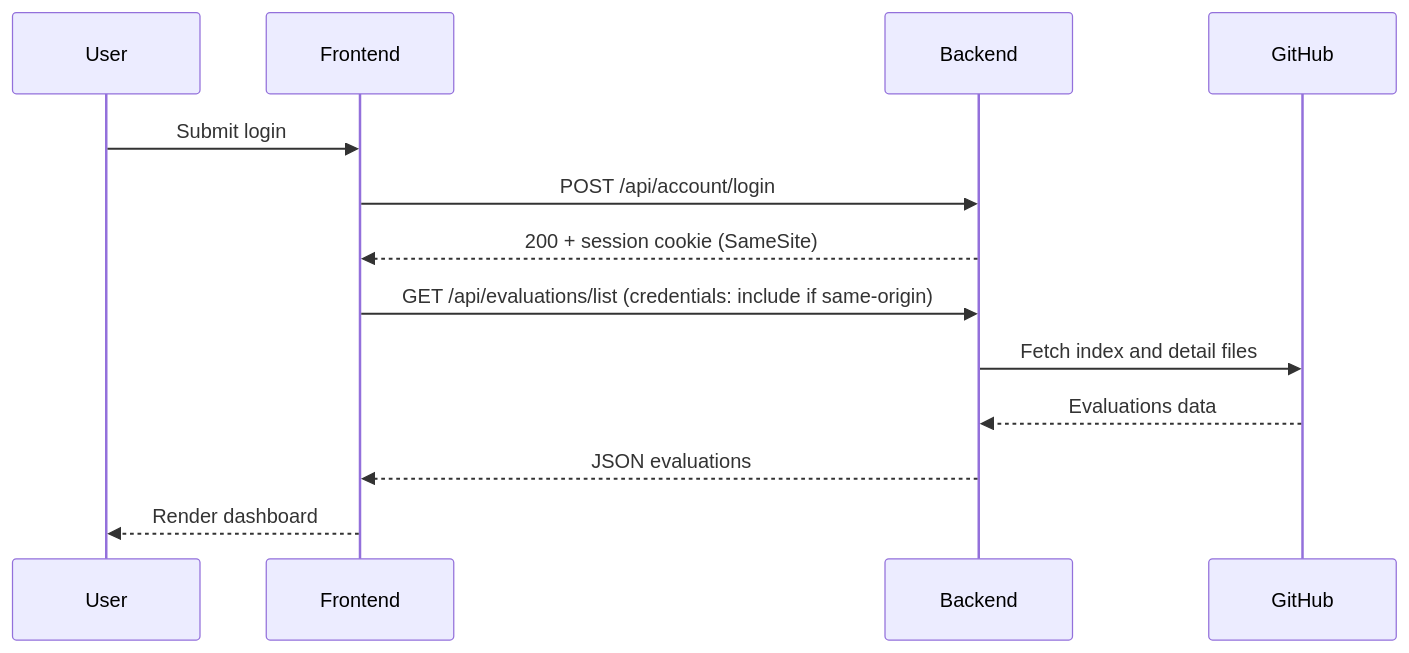
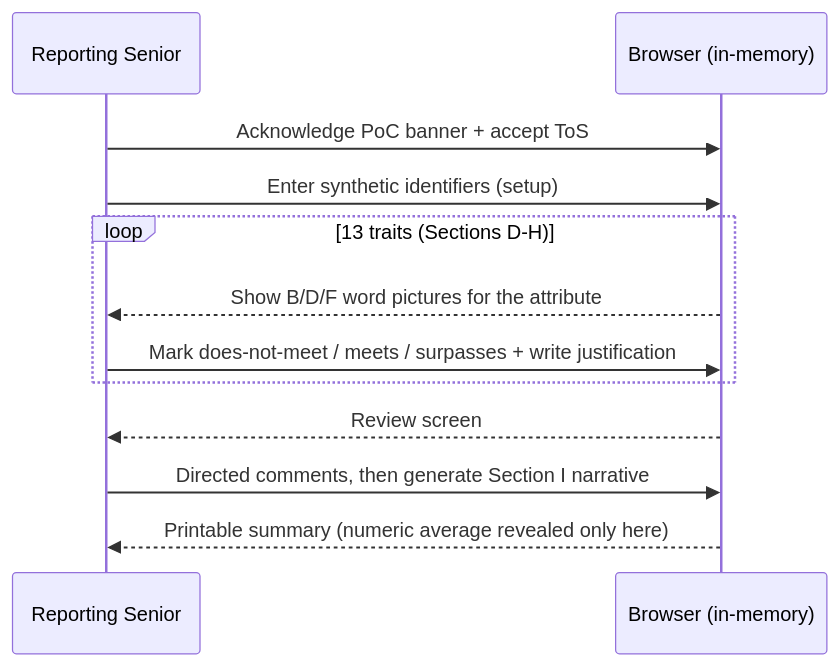
Before and after one commit to SemperAdmin/fitrep-evaluator: the second of 2 diagrams in docs/ARCHITECTURE.md, drawn with Mermaid. The commit also changed other lines of this file and 1 other file, not shown here.

First line of the commit message:
Phase 2: replace phantom-backend docs with static reality

````diff
--- a/docs/ARCHITECTURE.md
+++ b/docs/ARCHITECTURE.md
@@ -24,16 +48,15 @@
 ```mermaid
 sequenceDiagram
-  participant U as User
-  participant F as Frontend
-  participant B as Backend
-  participant G as GitHub
+  participant U as Reporting Senior
+  participant B as Browser (in-memory)
 
-  U->>F: Submit login
-  F->>B: POST /api/account/login
-  B-->>F: 200 + session cookie (SameSite)
-  F->>B: GET /api/evaluations/list (credentials: include if same-origin)
-  B->>G: Fetch index and detail files
-  G-->>B: Evaluations data
-  B-->>F: JSON evaluations
-  F-->>U: Render dashboard
+  U->>B: Acknowledge PoC banner + accept ToS
+  U->>B: Enter synthetic identifiers (setup)
+  loop 13 traits (Sections D-H)
+    B-->>U: Show B/D/F word pictures for the attribute
+    U->>B: Mark does-not-meet / meets / surpasses + write justification
+  end
+  B-->>U: Review screen
+  U->>B: Directed comments, then generate Section I narrative
+  B-->>U: Printable summary (numeric average revealed only here)
 ```
````
